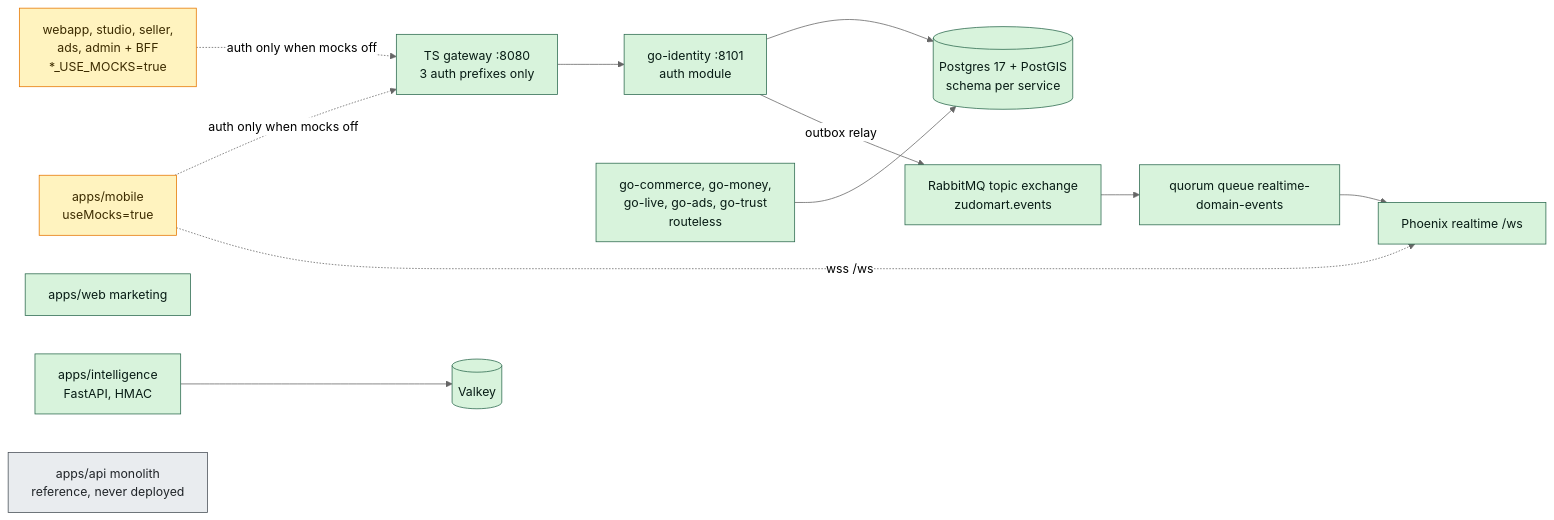
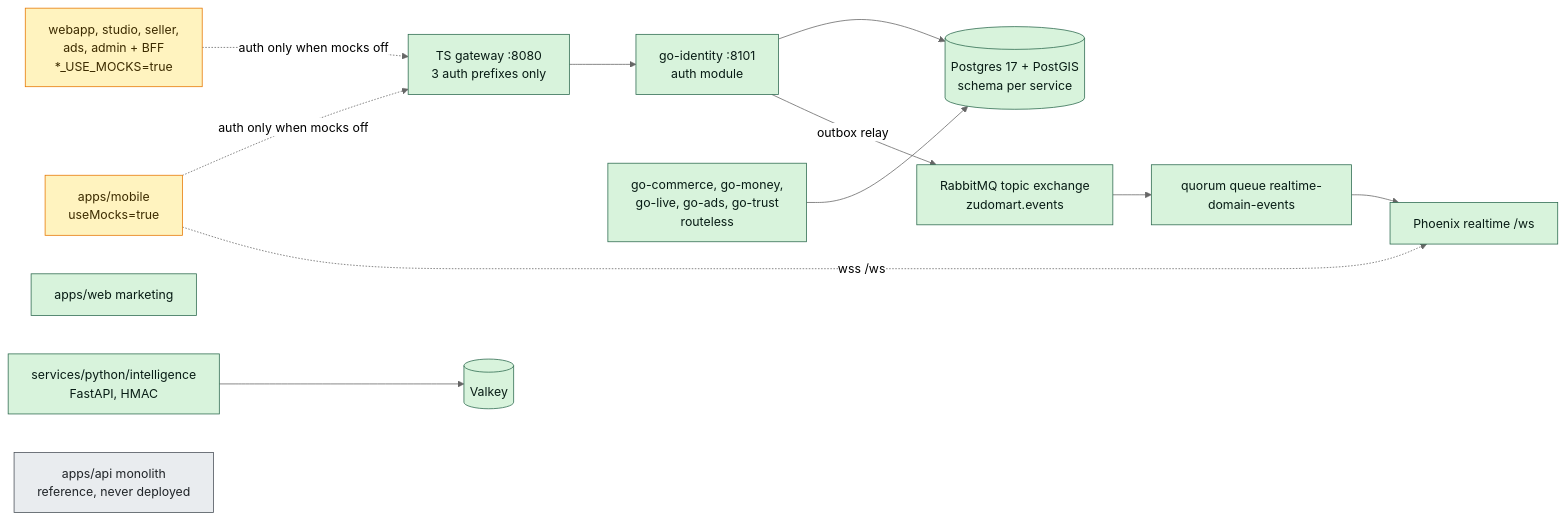
One commit to telente-technologies/nantty changed the first of 4 diagrams in docs/architecture/system.md. Above: the diagram before and after it, drawn with Mermaid (neutral theme). The commit also changed other lines of this file and 1 other file, not shown here.

Commit message:
docs(architecture): architecture and safety guides (4/4) [skip build]

````diff
--- a/docs/architecture/system.md
+++ b/docs/architecture/system.md
@@ -9,30 +9,30 @@
 ```mermaid
 flowchart LR
   classDef existing fill:#d8f3dc,stroke:#2d6a4f,color:#081c15
   classDef mock fill:#fff3bf,stroke:#e67700,color:#3d2c00
   classDef ref fill:#e9ecef,stroke:#495057,color:#212529
 
   mobile["apps/mobile<br/>useMocks=true"]:::mock
   nextApps["webapp, studio, seller,<br/>ads, admin + BFF<br/>*_USE_MOCKS=true"]:::mock
   web["apps/web marketing"]:::existing
   gateway["TS gateway :8080<br/>3 auth prefixes only"]:::existing
   identity["go-identity :8101<br/>auth module"]:::existing
   otherGo["go-commerce, go-money,<br/>go-live, go-ads, go-trust<br/>routeless"]:::existing
   realtime["Phoenix realtime /ws"]:::existing
-  intel["apps/intelligence<br/>FastAPI, HMAC"]:::existing
+  intel["services/python/intelligence<br/>FastAPI, HMAC"]:::existing
   pg[("Postgres 17 + PostGIS<br/>schema per service")]:::existing
   valkey[("Valkey")]:::existing
   bus["RabbitMQ topic exchange<br/>zudomart.events"]:::existing
   qRealtime["quorum queue realtime-domain-events"]:::existing
   legacy["apps/api monolith<br/>reference, never deployed"]:::ref
 
   nextApps -. "auth only when mocks off" .-> gateway
   mobile -. "auth only when mocks off" .-> gateway
   gateway --> identity
   identity --> pg
   identity -- "outbox relay" --> bus
   bus --> qRealtime --> realtime
   mobile -. "wss /ws" .-> realtime
   intel --> valkey
   otherGo --> pg
 ```
````
